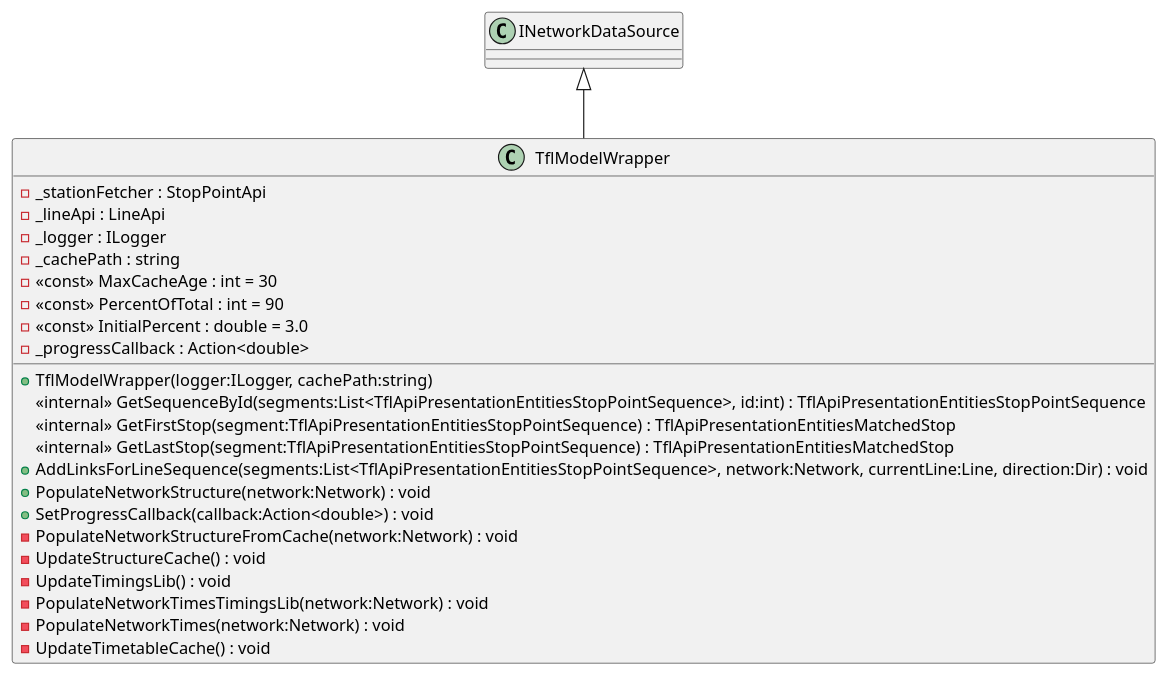
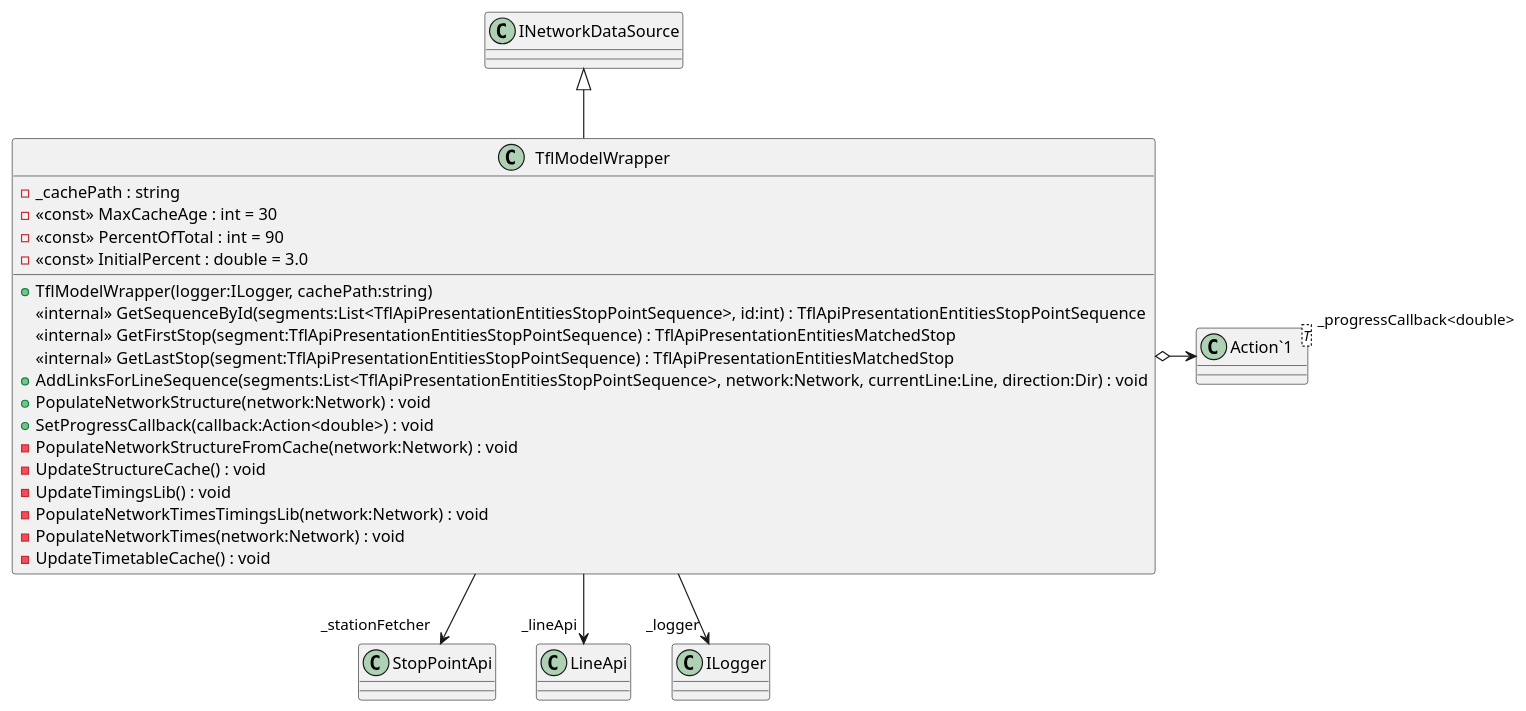
Before and after one commit to Liftyee/london-tube-navigator: the diagram in TubeChallengeRouter/puml/DataFetcher/TflModelWrapper.puml, drawn with PlantUML. The commit also changed 23 other files, not shown here.

```diff
--- a/TubeChallengeRouter/puml/DataFetcher/TflModelWrapper.puml
+++ b/TubeChallengeRouter/puml/DataFetcher/TflModelWrapper.puml
@@ -1,26 +1,28 @@
 @startuml
 class TflModelWrapper {
-    - _stationFetcher : StopPointApi
-    - _lineApi : LineApi
-    - _logger : ILogger
     - _cachePath : string
     - <<const>> MaxCacheAge : int = 30
     - <<const>> PercentOfTotal : int = 90
     - <<const>> InitialPercent : double = 3.0
-    - _progressCallback : Action<double>
     + TflModelWrapper(logger:ILogger, cachePath:string)
     <<internal>> GetSequenceById(segments:List<TflApiPresentationEntitiesStopPointSequence>, id:int) : TflApiPresentationEntitiesStopPointSequence
     <<internal>> GetFirstStop(segment:TflApiPresentationEntitiesStopPointSequence) : TflApiPresentationEntitiesMatchedStop
     <<internal>> GetLastStop(segment:TflApiPresentationEntitiesStopPointSequence) : TflApiPresentationEntitiesMatchedStop
     + AddLinksForLineSequence(segments:List<TflApiPresentationEntitiesStopPointSequence>, network:Network, currentLine:Line, direction:Dir) : void
     + PopulateNetworkStructure(network:Network) : void
     + SetProgressCallback(callback:Action<double>) : void
     - PopulateNetworkStructureFromCache(network:Network) : void
     - UpdateStructureCache() : void
     - UpdateTimingsLib() : void
     - PopulateNetworkTimesTimingsLib(network:Network) : void
     - PopulateNetworkTimes(network:Network) : void
     - UpdateTimetableCache() : void
 }
+class "Action`1"<T> {
+}
 INetworkDataSource <|-- TflModelWrapper
+TflModelWrapper --> "_stationFetcher" StopPointApi
+TflModelWrapper --> "_lineApi" LineApi
+TflModelWrapper --> "_logger" ILogger
+TflModelWrapper o-> "_progressCallback<double>" "Action`1"
 @enduml
```
